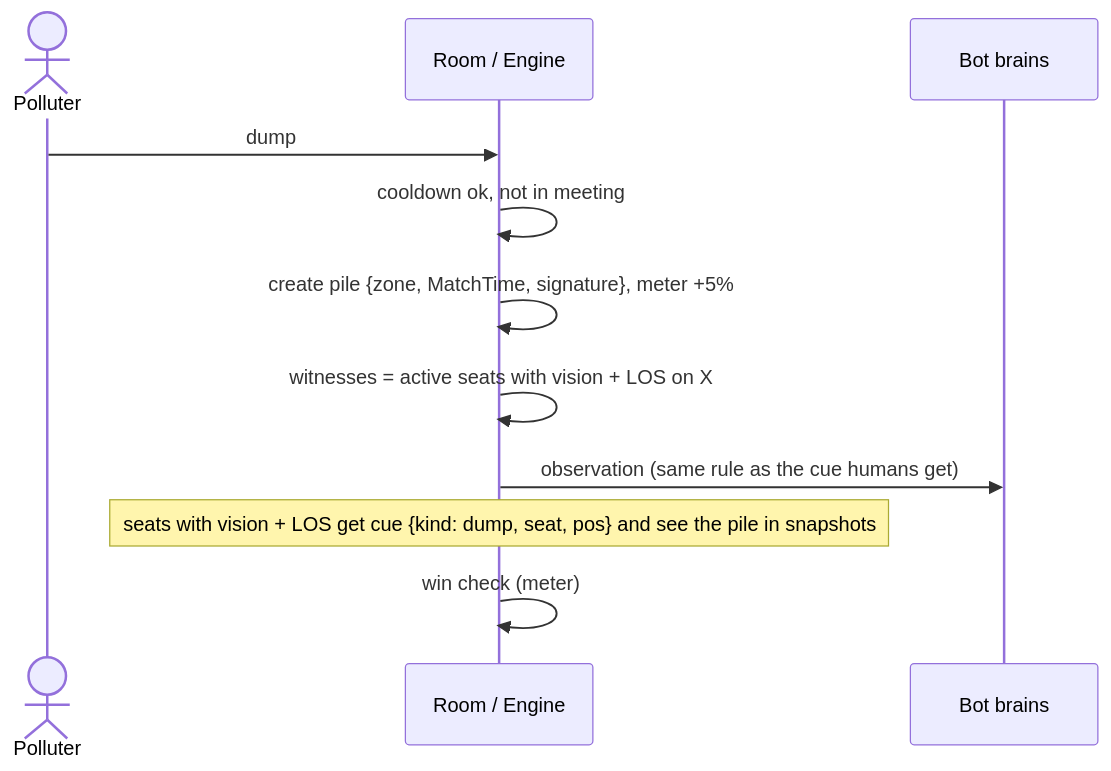
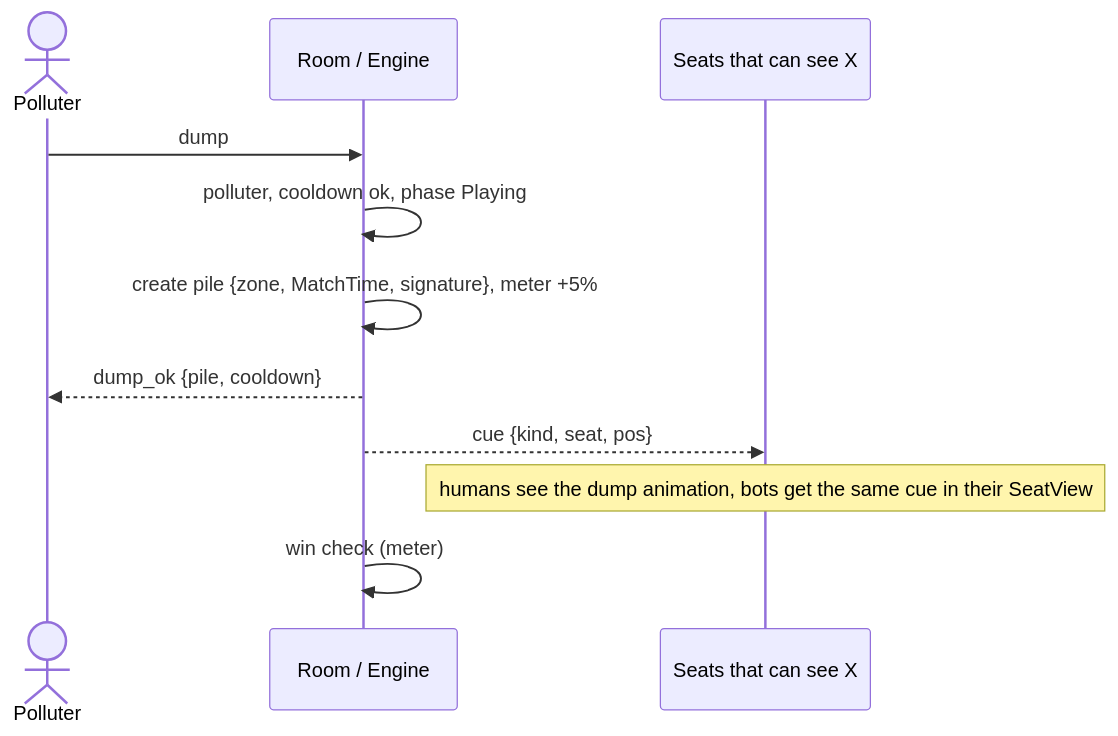
Before and after one commit to Faouzi-Blibech/EcoSus-Uncycled: the fifth of 11 diagrams in docs/architecture/05-sequences.md, drawn with Mermaid. The commit also changed other lines of this file and 11 other files, not shown here.

Commit message:
docs: second design review (2026-11-14) for the architecture views and the design spec

````diff
--- a/docs/architecture/05-sequences.md
+++ b/docs/architecture/05-sequences.md
@@ -106,13 +112,13 @@
 ```mermaid
 sequenceDiagram
     actor X as Polluter
     participant R as Room / Engine
-    participant B as Bot brains
+    participant W as Seats that can see X
     X->>R: dump
-    R->>R: cooldown ok, not in meeting
+    R->>R: polluter, cooldown ok, phase Playing
     R->>R: create pile {zone, MatchTime, signature}, meter +5%
-    R->>R: witnesses = active seats with vision + LOS on X
-    R->>B: observation (same rule as the cue humans get)
-    Note over R: seats with vision + LOS get cue {kind: dump, seat, pos} and see the pile in snapshots
+    R-->>X: dump_ok {pile, cooldown}
+    R-->>W: cue {kind, seat, pos}
+    Note over W: humans see the dump animation, bots get the same cue in their SeatView
     R->>R: win check (meter)
 ```
````
